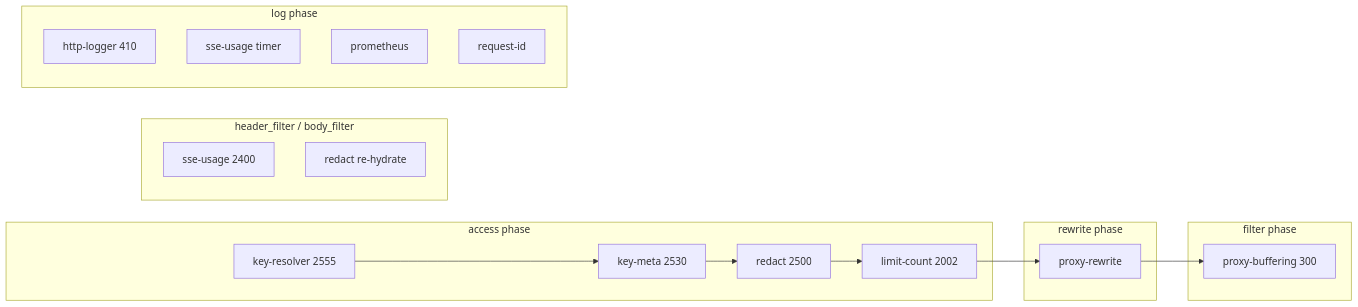
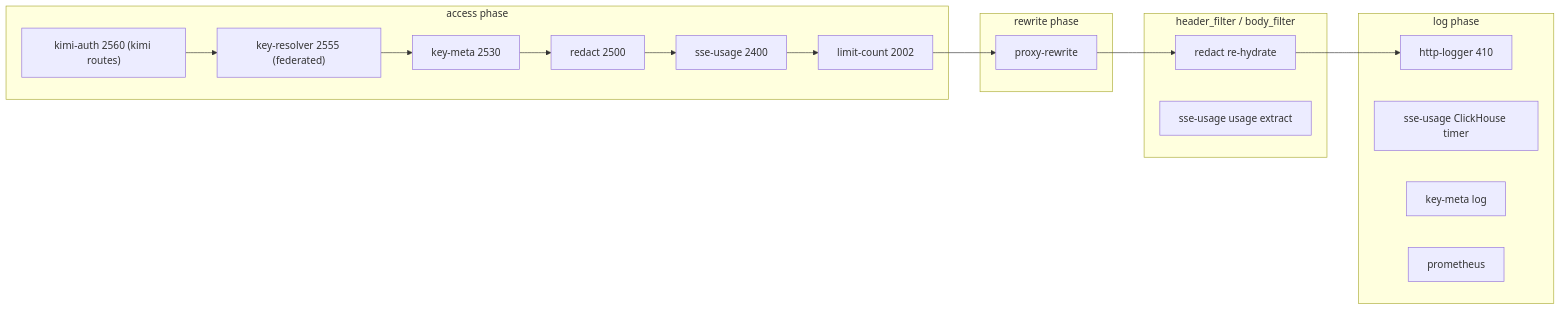
The diagram in docs/architecture/PLUGIN-PIPELINE.md (Independent-AI-Labs/WORKSPACE-GATEWAY), drawn with Mermaid before and after one commit. The commit also changed other lines of this file and 53 other files, not shown here.

````diff
--- a/docs/architecture/PLUGIN-PIPELINE.md
+++ b/docs/architecture/PLUGIN-PIPELINE.md
@@ -9,26 +11,25 @@
 ```mermaid
 graph LR
     subgraph access [access phase]
-        KR["key-resolver 2555"]
+        KA["kimi-auth 2560 (kimi routes)"]
+        KR["key-resolver 2555 (federated)"]
         KM["key-meta 2530"]
         RD["redact 2500"]
+        SU0["sse-usage 2400"]
         LC["limit-count 2002"]
     end
     subgraph rewrite [rewrite phase]
         PRW["proxy-rewrite"]
     end
-    subgraph filter [filter phase]
-        PB["proxy-buffering 300"]
-    end
     subgraph header_body [header_filter / body_filter]
-        SU["sse-usage 2400"]
         RD2["redact re-hydrate"]
+        SU["sse-usage usage extract"]
     end
     subgraph log [log phase]
         HL["http-logger 410"]
-        SU2["sse-usage timer"]
+        SU2["sse-usage ClickHouse timer"]
+        KM2["key-meta log"]
         PM["prometheus"]
-        RID["request-id"]
     end
-    KR --> KM --> RD --> LC --> PRW --> PB
+    KA --> KR --> KM --> RD --> SU0 --> LC --> PRW --> RD2 --> HL
 ```
````
